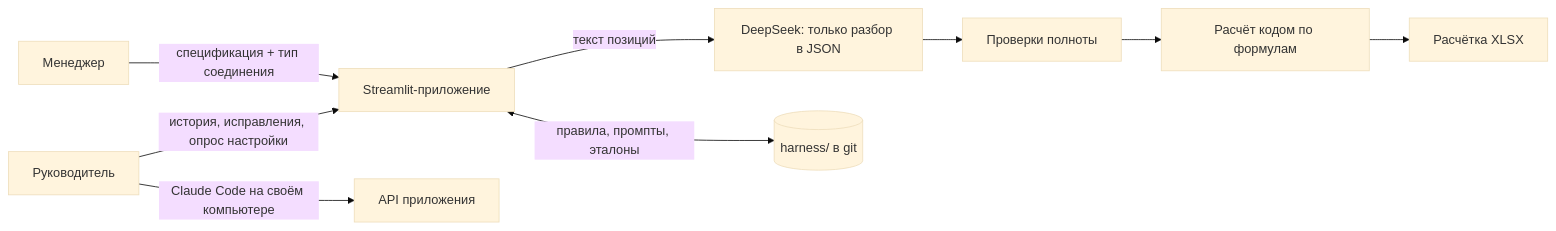
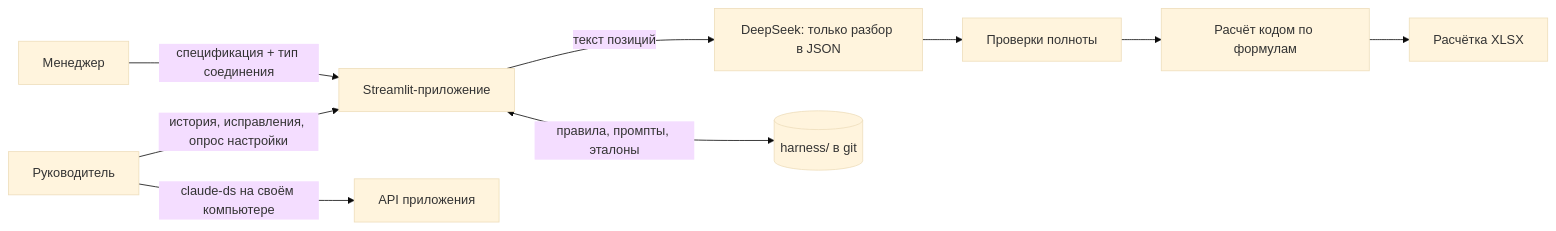
The diagram in README.md (exmuzzy/ameri), drawn with Mermaid (base theme) before and after one commit. The commit also changed other lines of this file and 3 other files, not shown here.

First line of the commit message:
Name the DeepSeek-backed Claude Code claude-ds and describe the duct calc in README

````diff
--- a/README.md
+++ b/README.md
@@ -9,11 +9,11 @@
 ```mermaid
 flowchart LR
     M[Менеджер] -->|спецификация + тип соединения| APP[Streamlit-приложение]
     APP -->|текст позиций| DS[DeepSeek: только разбор в JSON]
     DS --> CHK[Проверки полноты]
     CHK --> CALC[Расчёт кодом по формулам]
     CALC --> XLSX[Расчётка XLSX]
     R[Руководитель] -->|история, исправления, опрос настройки| APP
-    R -->|Claude Code на своём компьютере| API[API приложения]
+    R -->|claude-ds на своём компьютере| API[API приложения]
     APP <-->|правила, промпты, эталоны| H[(harness/ в git)]
 ```
````
